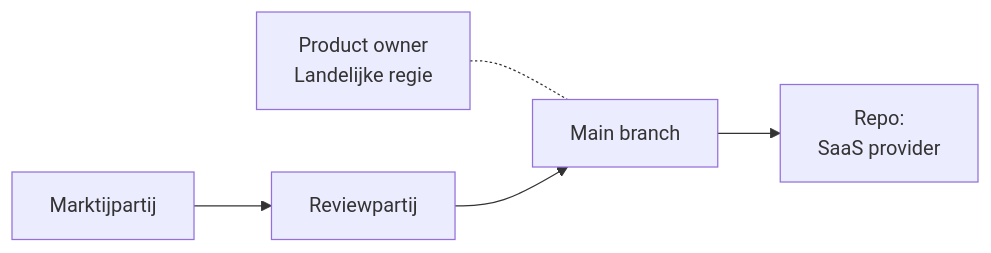
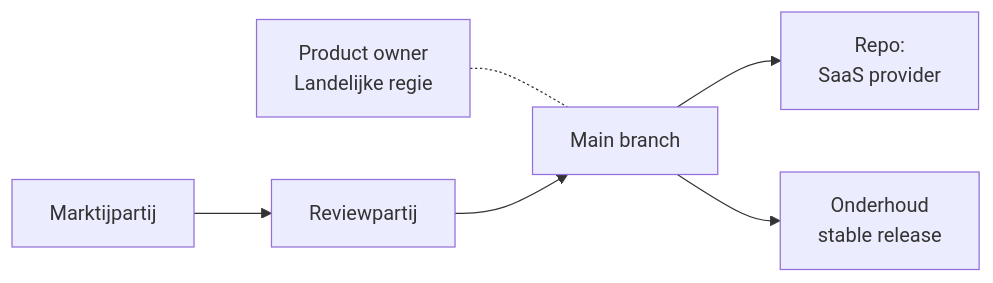
One commit to open-zaak/samenwerken changed the third of 3 diagrams in stappen-openzaak/openzaak-ecosysteem.md. Above: the diagram before and after it, drawn with Mermaid. The commit also changed other lines of this file, not shown here.

Commit message:
adds maint to beoogde staat

````diff
--- a/stappen-openzaak/openzaak-ecosysteem.md
+++ b/stappen-openzaak/openzaak-ecosysteem.md
@@ -54,15 +54,17 @@
 ```mermaid
 graph LR
     %% Nodes
     Dev1["Marktijpartij"]
     ReviewP2["Reviewpartij"]
     Upstream["Main branch"]
     PO["Product owner<br/>Landelijke regie"]
     SaaS["Repo:<br/>SaaS provider"]
+    Maint["Onderhoud<br/>stable release"]
 
     %% Connections
     PO -.- Upstream
     Dev1 --> ReviewP2
     ReviewP2 --> Upstream
     Upstream --> SaaS
+    Upstream --> Maint
 ```
````
